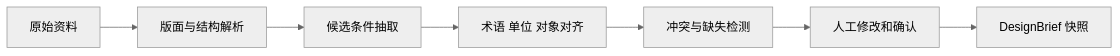
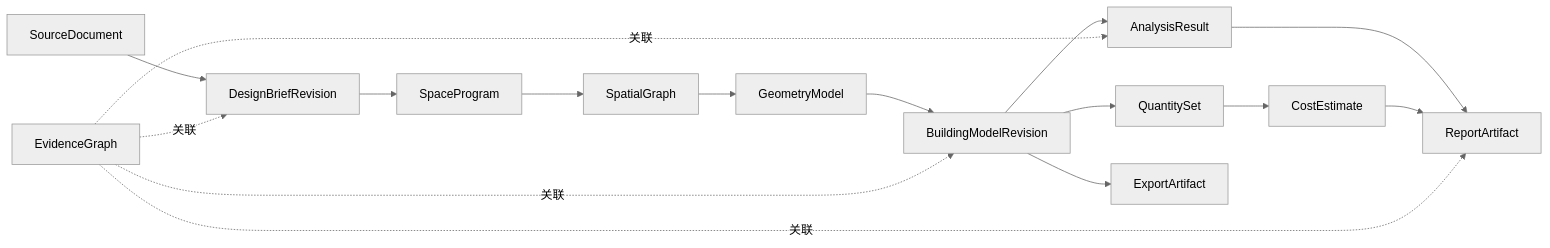
The fourth of 11 diagrams in content/posts/ai-conceptual-building-design-poc-architecture.md (wangdengyu0512/Learning), drawn with Mermaid (neutral theme) before and after one commit. The commit also changed other lines of this file and 5 other files, not shown here.

Commit message:
docs: refocus building design POC on architecture

````diff
--- a/content/posts/ai-conceptual-building-design-poc-architecture.md
+++ b/content/posts/ai-conceptual-building-design-poc-architecture.md
@@ -199,9 +321,18 @@
 ```mermaid
 flowchart LR
-    A[原始资料] --> B[版面与结构解析]
-    B --> C[候选条件抽取]
-    C --> D[术语 单位 对象对齐]
-    D --> E[冲突与缺失检测]
-    E --> F[人工修改和确认]
-    F --> G[DesignBrief 快照]
+    Source[SourceDocument] --> Brief[DesignBriefRevision]
+    Brief --> Program[SpaceProgram]
+    Program --> Graph[SpatialGraph]
+    Graph --> Geometry[GeometryModel]
+    Geometry --> Building[BuildingModelRevision]
+    Building --> Analysis[AnalysisResult]
+    Building --> Quantity[QuantitySet]
+    Quantity --> Cost[CostEstimate]
+    Building --> Export[ExportArtifact]
+    Analysis --> Report[ReportArtifact]
+    Cost --> Report
+    Evidence[EvidenceGraph] -.关联.-> Brief
+    Evidence -.关联.-> Building
+    Evidence -.关联.-> Analysis
+    Evidence -.关联.-> Report
 ```
````
